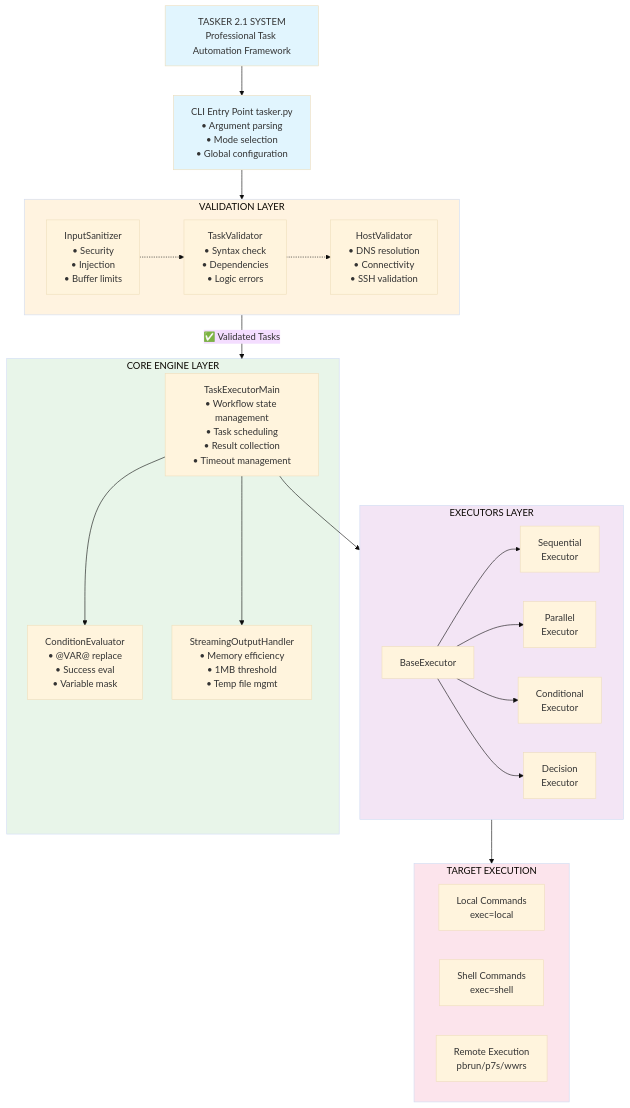
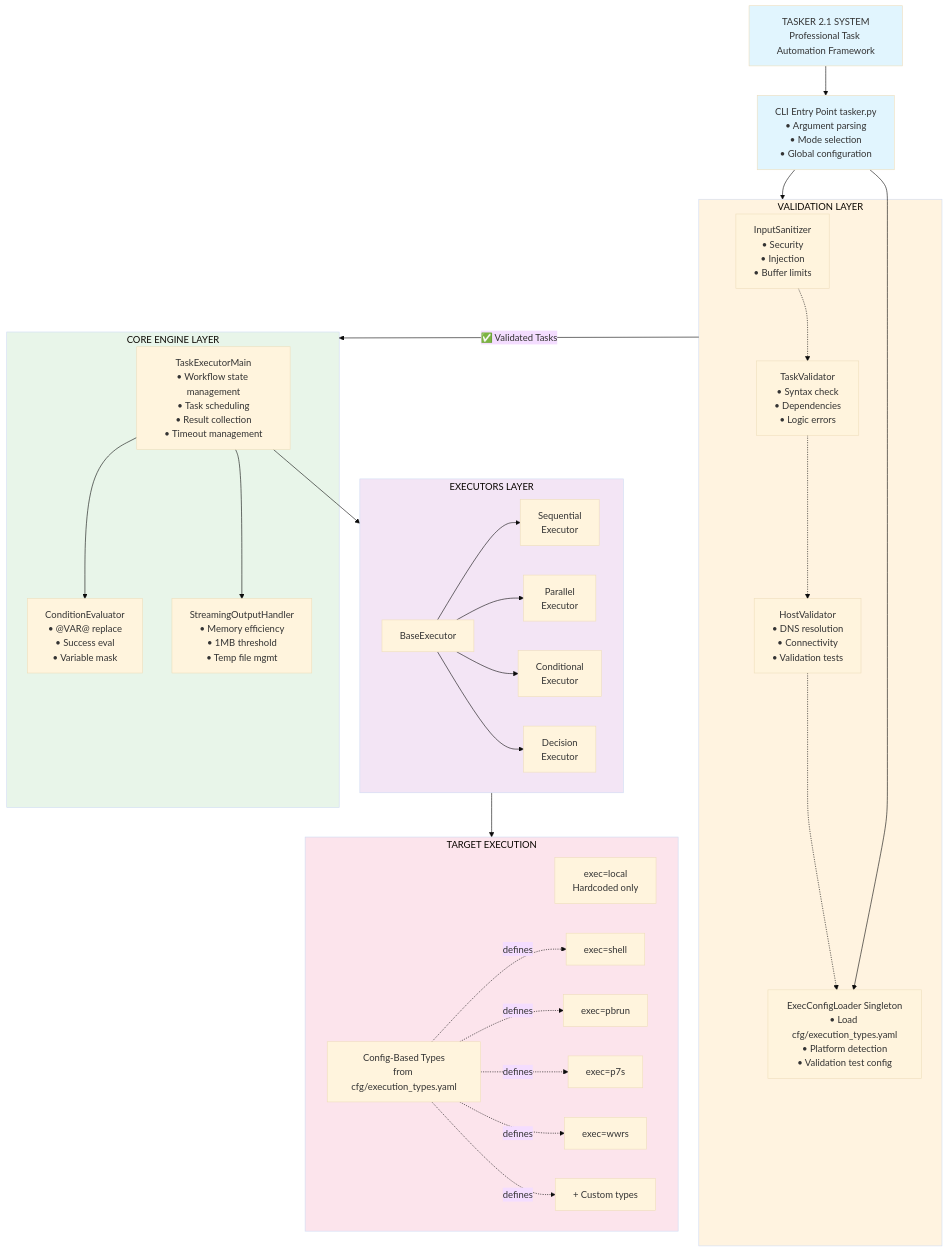
One commit to bastelbude1/Tasker changed the first of 8 diagrams in ARCHITECTURE_MERMAID.md. Above: the diagram before and after it, drawn with Mermaid (base theme). The commit also changed other lines of this file and 1 other file, not shown here.

First line of the commit message:
docs: Add config-based execution type system to architecture docs

````diff
--- a/ARCHITECTURE_MERMAID.md
+++ b/ARCHITECTURE_MERMAID.md
@@ -8,52 +8,65 @@
 ```mermaid
 graph TB
     Start[TASKER 2.1 SYSTEM<br/>Professional Task Automation Framework]
     CLI[CLI Entry Point tasker.py<br/>• Argument parsing<br/>• Mode selection<br/>• Global configuration]
 
     subgraph VALIDATION["VALIDATION LAYER"]
         InputSan[InputSanitizer<br/>• Security<br/>• Injection<br/>• Buffer limits]
         TaskVal[TaskValidator<br/>• Syntax check<br/>• Dependencies<br/>• Logic errors]
-        HostVal[HostValidator<br/>• DNS resolution<br/>• Connectivity<br/>• SSH validation]
+        HostVal[HostValidator<br/>• DNS resolution<br/>• Connectivity<br/>• Validation tests]
+        ExecConfig[ExecConfigLoader Singleton<br/>• Load cfg/execution_types.yaml<br/>• Platform detection<br/>• Validation test config]
     end
 
     subgraph CORE["CORE ENGINE LAYER"]
         TaskExec[TaskExecutorMain<br/>• Workflow state management<br/>• Task scheduling<br/>• Result collection<br/>• Timeout management]
         CondEval[ConditionEvaluator<br/>• @VAR@ replace<br/>• Success eval<br/>• Variable mask]
         StreamOut[StreamingOutputHandler<br/>• Memory efficiency<br/>• 1MB threshold<br/>• Temp file mgmt]
     end
 
     subgraph EXECUTORS["EXECUTORS LAYER"]
         Base[BaseExecutor]
         Seq[Sequential<br/>Executor]
         Par[Parallel<br/>Executor]
         Cond[Conditional<br/>Executor]
         Dec[Decision<br/>Executor]
     end
 
     subgraph TARGETS["TARGET EXECUTION"]
-        Local[Local Commands<br/>exec=local]
-        Shell[Shell Commands<br/>exec=shell]
-        Remote[Remote Execution<br/>pbrun/p7s/wwrs]
+        Local[exec=local<br/>Hardcoded only]
+        ConfigBased[Config-Based Types<br/>from cfg/execution_types.yaml]
+        Shell[exec=shell]
+        Pbrun[exec=pbrun]
+        P7s[exec=p7s]
+        Wwrs[exec=wwrs]
+        Custom[+ Custom types]
+
+        ConfigBased -.defines.-> Shell
+        ConfigBased -.defines.-> Pbrun
+        ConfigBased -.defines.-> P7s
+        ConfigBased -.defines.-> Wwrs
+        ConfigBased -.defines.-> Custom
     end
 
     Start --> CLI
     CLI --> VALIDATION
+    CLI --> ExecConfig
     InputSan -.-> TaskVal
     TaskVal -.-> HostVal
+    HostVal -.-> ExecConfig
     VALIDATION -->|✅ Validated Tasks| CORE
     TaskExec --> CondEval
     TaskExec --> StreamOut
     TaskExec --> EXECUTORS
     Base --> Seq
     Base --> Par
     Base --> Cond
     Base --> Dec
     EXECUTORS --> TARGETS
 
     style Start fill:#e1f5fe
     style CLI fill:#e1f5fe
     style VALIDATION fill:#fff3e0
     style CORE fill:#e8f5e9
     style EXECUTORS fill:#f3e5f5
     style TARGETS fill:#fce4ec
 ```
````
